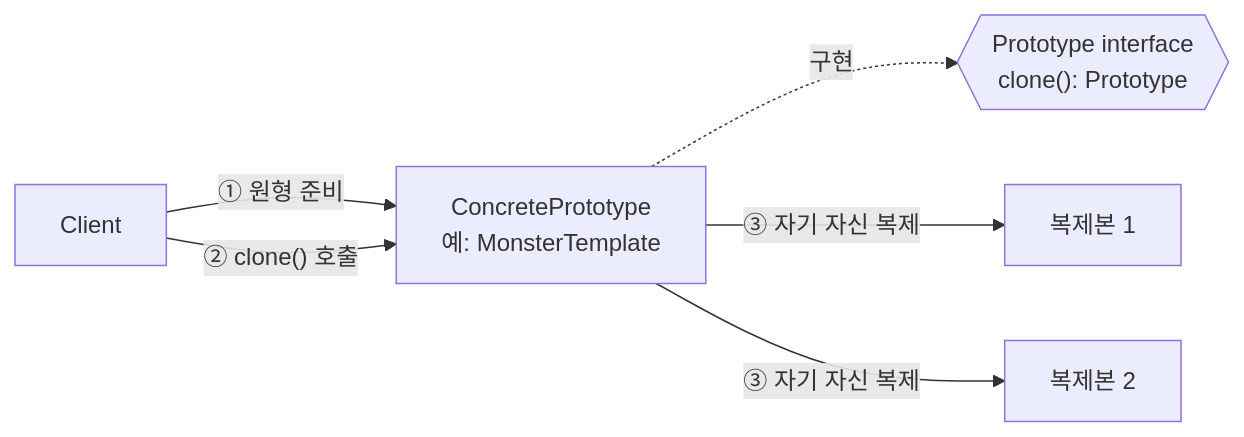
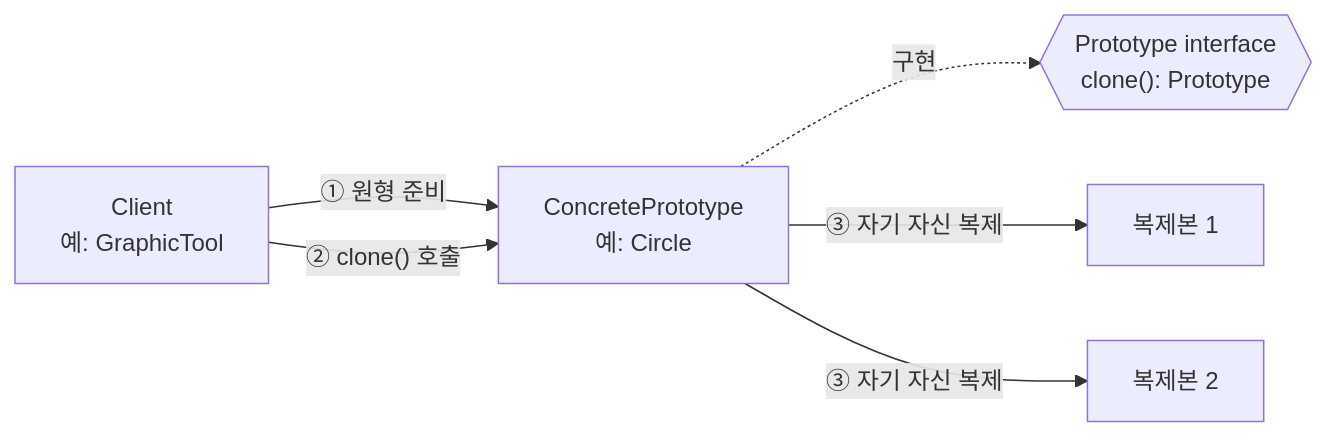
The first of 3 diagrams in 02_references/oop/design_pattern/creational/Prototype Pattern.md (youngmin-gwon/what-i-studied), drawn with Mermaid before and after one commit. The commit also changed other lines of this file and 17 other files, not shown here.

````diff
--- a/02_references/oop/design_pattern/creational/Prototype Pattern.md
+++ b/02_references/oop/design_pattern/creational/Prototype Pattern.md
@@ -29,14 +32,14 @@
 ```mermaid
 flowchart LR
-    Client["Client"]
+    Client["Client<br/>예: GraphicTool"]
     Proto{{"Prototype interface<br/>clone(): Prototype"}}
-    CP["ConcretePrototype<br/>예: MonsterTemplate"]
+    CP["ConcretePrototype<br/>예: Circle"]
     Copy1["복제본 1"]
     Copy2["복제본 2"]
 
     Client -- "① 원형 준비" --> CP
     CP -. 구현 .-> Proto
     Client -- "② clone() 호출" --> CP
     CP -- "③ 자기 자신 복제" --> Copy1
     CP -- "③ 자기 자신 복제" --> Copy2
 ```
````
